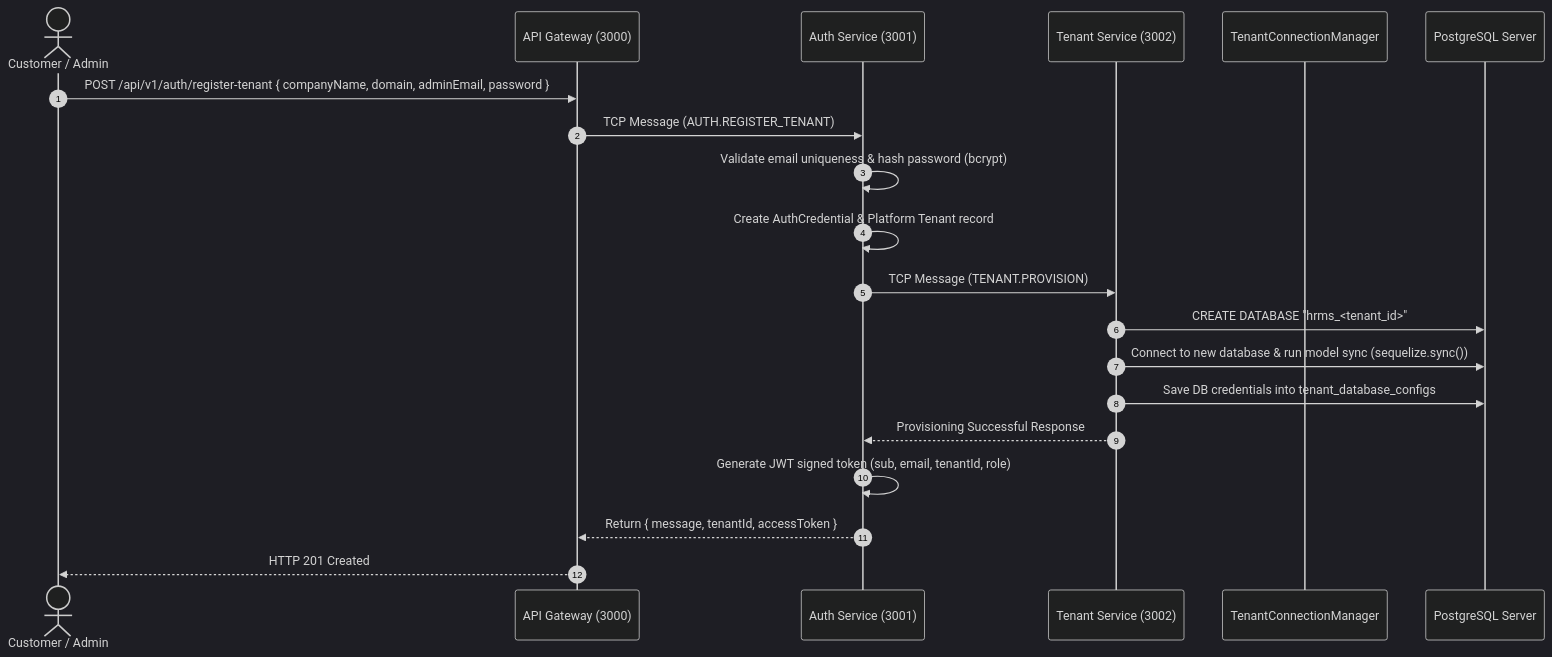
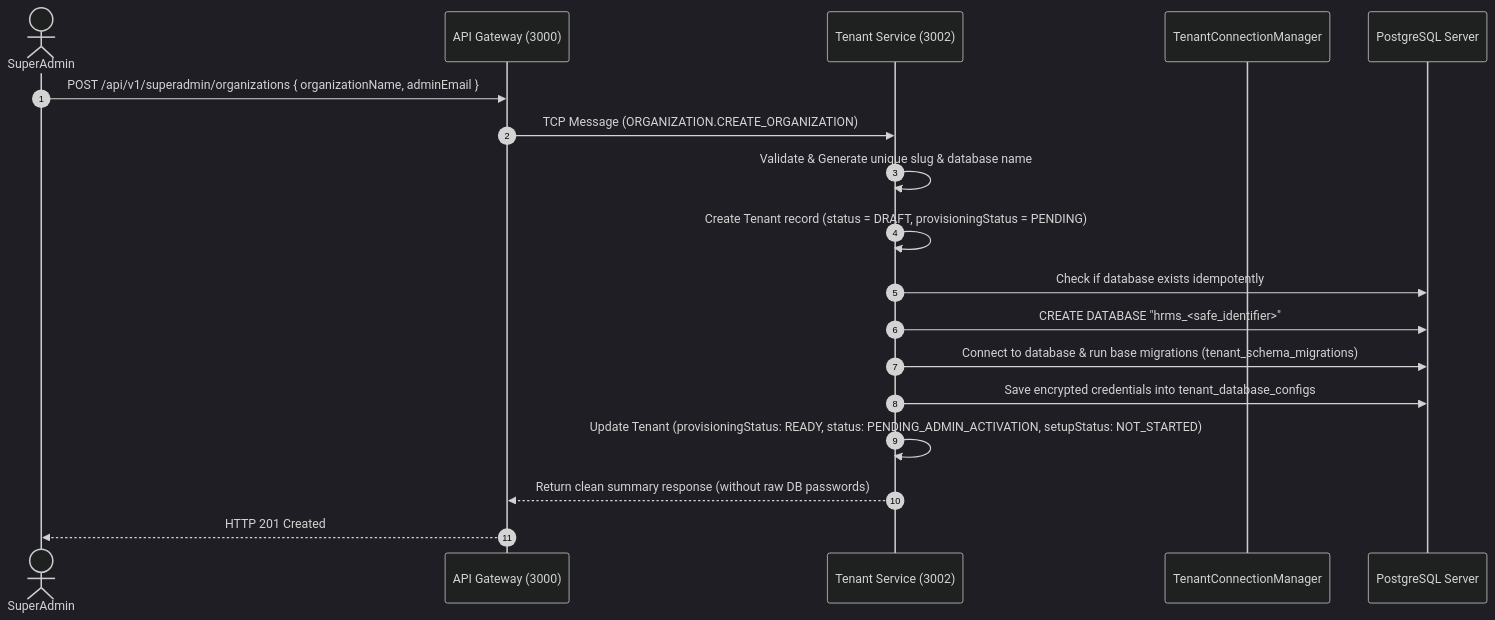
The first of 4 diagrams in docs/ORGANIZATION_FLOW.md (Naved480/HRMS-Multi-Tenant), drawn with Mermaid (dark theme) before and after one commit. The commit also changed other lines of this file and 50 other files, not shown here.

````diff
--- a/docs/ORGANIZATION_FLOW.md
+++ b/docs/ORGANIZATION_FLOW.md
@@ -52,23 +65,21 @@
 ```mermaid
 sequenceDiagram
     autonumber
-    actor Client as Customer / Admin
+    actor Client as SuperAdmin
     participant Gateway as API Gateway (3000)
-    participant Auth as Auth Service (3001)
     participant TenantSvc as Tenant Service (3002)
     participant Manager as TenantConnectionManager
     participant DB as PostgreSQL Server
 
-    Client->>Gateway: POST /api/v1/auth/register-tenant { companyName, domain, adminEmail, password }
-    Gateway->>Auth: TCP Message (AUTH.REGISTER_TENANT)
-    Auth->>Auth: Validate email uniqueness & hash password (bcrypt)
-    Auth->>Auth: Create AuthCredential & Platform Tenant record
-    Auth->>TenantSvc: TCP Message (TENANT.PROVISION)
-    TenantSvc->>DB: CREATE DATABASE "hrms_<tenant_id>";
-    TenantSvc->>DB: Connect to new database & run model sync (sequelize.sync())
-    TenantSvc->>DB: Save DB credentials into tenant_database_configs
-    TenantSvc-->>Auth: Provisioning Successful Response
-    Auth->>Auth: Generate JWT signed token (sub, email, tenantId, role)
-    Auth-->>Gateway: Return { message, tenantId, accessToken }
+    Client->>Gateway: POST /api/v1/superadmin/organizations { organizationName, adminEmail }
+    Gateway->>TenantSvc: TCP Message (ORGANIZATION.CREATE_ORGANIZATION)
+    TenantSvc->>TenantSvc: Validate & Generate unique slug & database name
+    TenantSvc->>TenantSvc: Create Tenant record (status = DRAFT, provisioningStatus = PENDING)
+    TenantSvc->>DB: Check if database exists idempotently
+    TenantSvc->>DB: CREATE DATABASE "hrms_<safe_identifier>";
+    TenantSvc->>DB: Connect to database & run base migrations (tenant_schema_migrations)
+    TenantSvc->>DB: Save encrypted credentials into tenant_database_configs
+    TenantSvc->>TenantSvc: Update Tenant (provisioningStatus: READY, status: PENDING_ADMIN_ACTIVATION, setupStatus: NOT_STARTED)
+    TenantSvc-->>Gateway: Return clean summary response (without raw DB passwords)
     Gateway-->>Client: HTTP 201 Created
 ```
````
